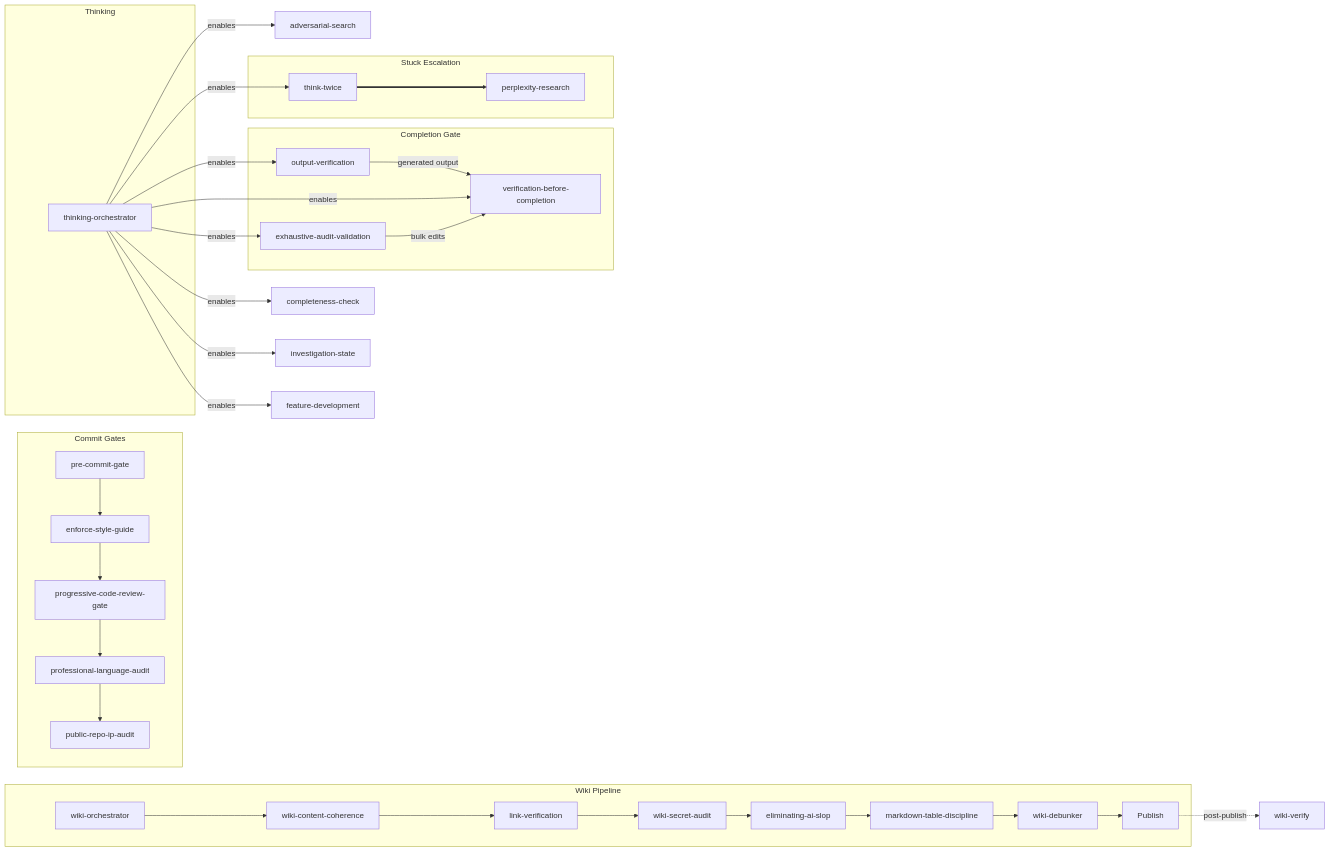
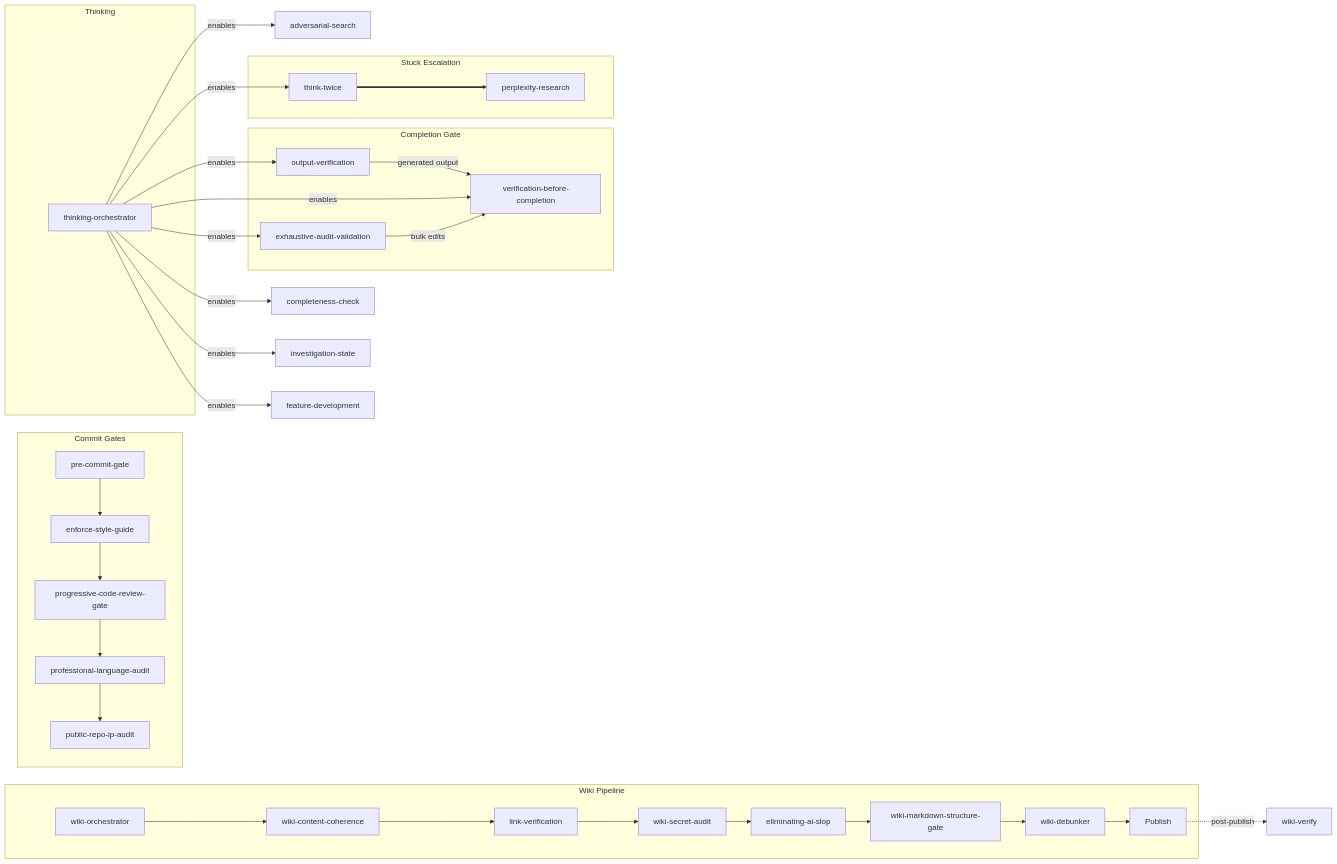
Before and after one commit to bordenet/superpowers-plus: the diagram in README.md, drawn with Mermaid. The commit also changed other lines of this file and 109 other files, not shown here.

Commit message:
release: v5.0.5-v5.1.0 — modular extraction, schema validation, wiki scope enforcement

````diff
--- a/README.md
+++ b/README.md
@@ -174,43 +199,43 @@
 ```mermaid
 graph LR
   subgraph commit-gates["Commit Gates"]
     pre_commit_gate["pre-commit-gate"] --> enforce_style_guide["enforce-style-guide"]
     enforce_style_guide --> progressive_code_review_gate["progressive-code-review-gate"]
     progressive_code_review_gate --> professional_language_audit["professional-language-audit"]
     professional_language_audit --> public_repo_ip_audit["public-repo-ip-audit"]
   end
 
   subgraph completion-gate["Completion Gate"]
     output_verification["output-verification"] -->|generated output| verification_before_completion["verification-before-completion"]
     exhaustive_audit_validation["exhaustive-audit-validation"] -->|bulk edits| verification_before_completion
   end
 
   subgraph thinking["Thinking"]
     thinking_orchestrator["thinking-orchestrator"]
   end
 
   subgraph wiki-pipeline["Wiki Pipeline"]
     wiki_orchestrator["wiki-orchestrator"] --> wiki_content_coherence["wiki-content-coherence"]
     wiki_content_coherence --> link_verification["link-verification"]
     link_verification --> wiki_secret_audit["wiki-secret-audit"]
     wiki_secret_audit --> eliminating_ai_slop["eliminating-ai-slop"]
-    eliminating_ai_slop --> markdown_table_discipline["markdown-table-discipline"]
+    eliminating_ai_slop --> markdown_table_discipline["wiki-markdown-structure-gate"]
     markdown_table_discipline --> wiki_debunker["wiki-debunker"]
     wiki_debunker --> publish["Publish"]
   end
 
   publish -.->|post-publish| wiki_verify["wiki-verify"]
 
   subgraph stuck-escalation["Stuck Escalation"]
     think_twice["think-twice"] ==> perplexity_research["perplexity-research"]
   end
 
   thinking_orchestrator -->|enables| adversarial_search["adversarial-search"]
   thinking_orchestrator -->|enables| think_twice
   thinking_orchestrator -->|enables| output_verification
   thinking_orchestrator -->|enables| verification_before_completion
   thinking_orchestrator -->|enables| exhaustive_audit_validation
   thinking_orchestrator -->|enables| completeness_check["completeness-check"]
   thinking_orchestrator -->|enables| investigation_state["investigation-state"]
   thinking_orchestrator -->|enables| feature_development["feature-development"]
 ```
````
